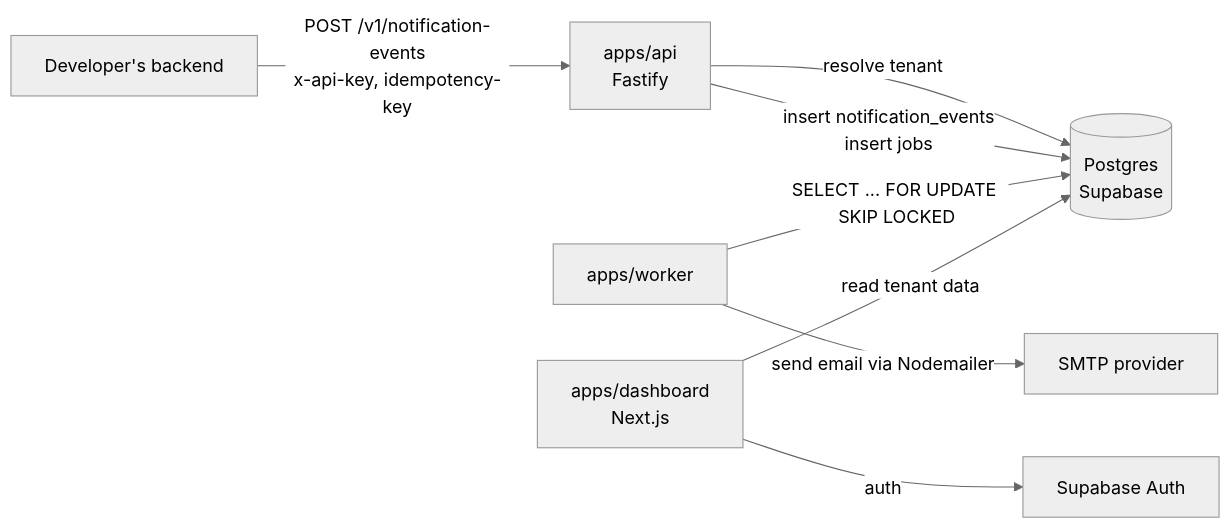
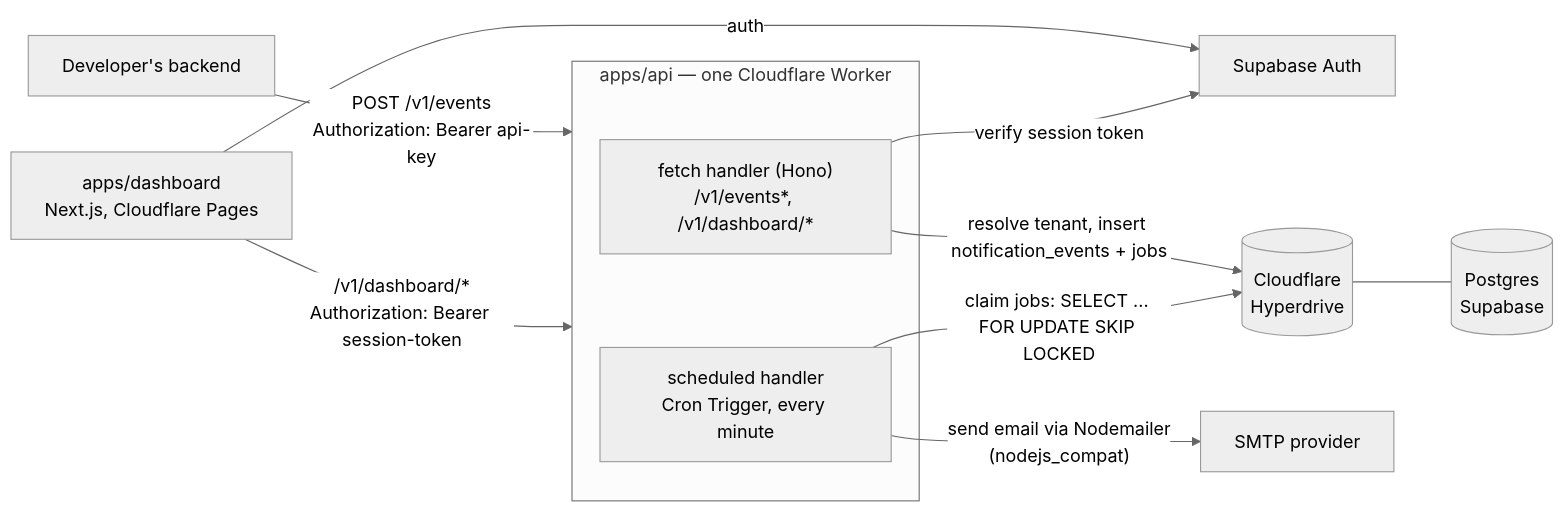
One commit to Abdul-Moiz31/notifyy changed the diagram in docs/phase-1/architecture-diagram.md. Above: the diagram before and after it, drawn with Mermaid (neutral theme). The commit also changed 49 other files, not shown here.

Commit message:
Migrate apps/api and apps/worker to a single Cloudflare Worker (Hono, Hyperdrive, Cron Trigger job processing)

````diff
--- a/docs/phase-1/architecture-diagram.md
+++ b/docs/phase-1/architecture-diagram.md
@@ -3,10 +3,17 @@
 ```mermaid
 flowchart LR
-    Client[Developer's backend] -- "POST /v1/notification-events\nx-api-key, idempotency-key" --> API[apps/api\nFastify]
-    API -- "resolve tenant" --> DB[(Postgres\nSupabase)]
-    API -- "insert notification_events\ninsert jobs" --> DB
-    Worker[apps/worker] -- "SELECT ... FOR UPDATE SKIP LOCKED" --> DB
-    Worker -- "send email via Nodemailer" --> SMTP[SMTP provider]
-    Dashboard[apps/dashboard\nNext.js] -- "auth" --> SupabaseAuth[Supabase Auth]
-    Dashboard -- "read tenant data" --> DB
+    Client[Developer's backend] -- "POST /v1/events\nAuthorization: Bearer api-key" --> Worker
+    Dashboard[apps/dashboard\nNext.js, Cloudflare Pages] -- "auth" --> SupabaseAuth[Supabase Auth]
+    Dashboard -- "/v1/dashboard/*\nAuthorization: Bearer session-token" --> Worker
+
+    subgraph Worker["apps/api — one Cloudflare Worker"]
+        Fetch["fetch handler (Hono)\n/v1/events*, /v1/dashboard/*"]
+        Scheduled["scheduled handler\nCron Trigger, every minute"]
+    end
+
+    Fetch -- "resolve tenant, insert notification_events + jobs" --> Hyperdrive[(Cloudflare\nHyperdrive)]
+    Scheduled -- "claim jobs: SELECT ... FOR UPDATE SKIP LOCKED" --> Hyperdrive
+    Scheduled -- "send email via Nodemailer\n(nodejs_compat)" --> SMTP[SMTP provider]
+    Hyperdrive --- DB[(Postgres\nSupabase)]
+    Fetch -- "verify session token" --> SupabaseAuth
 ```
````
